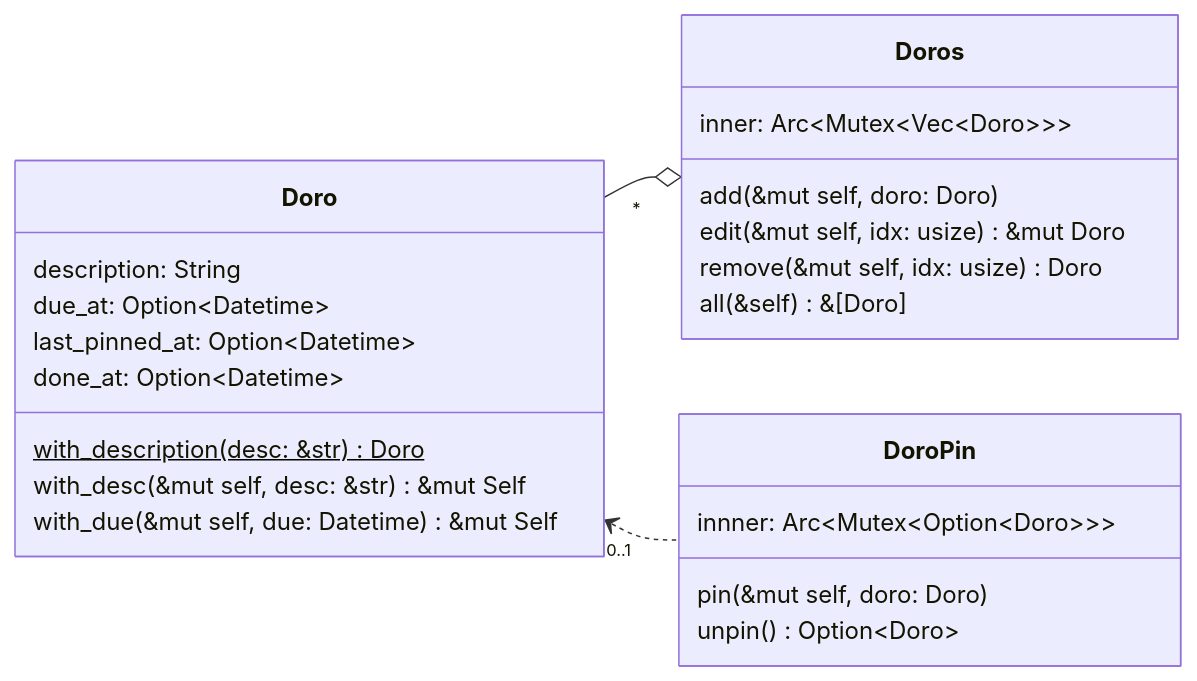
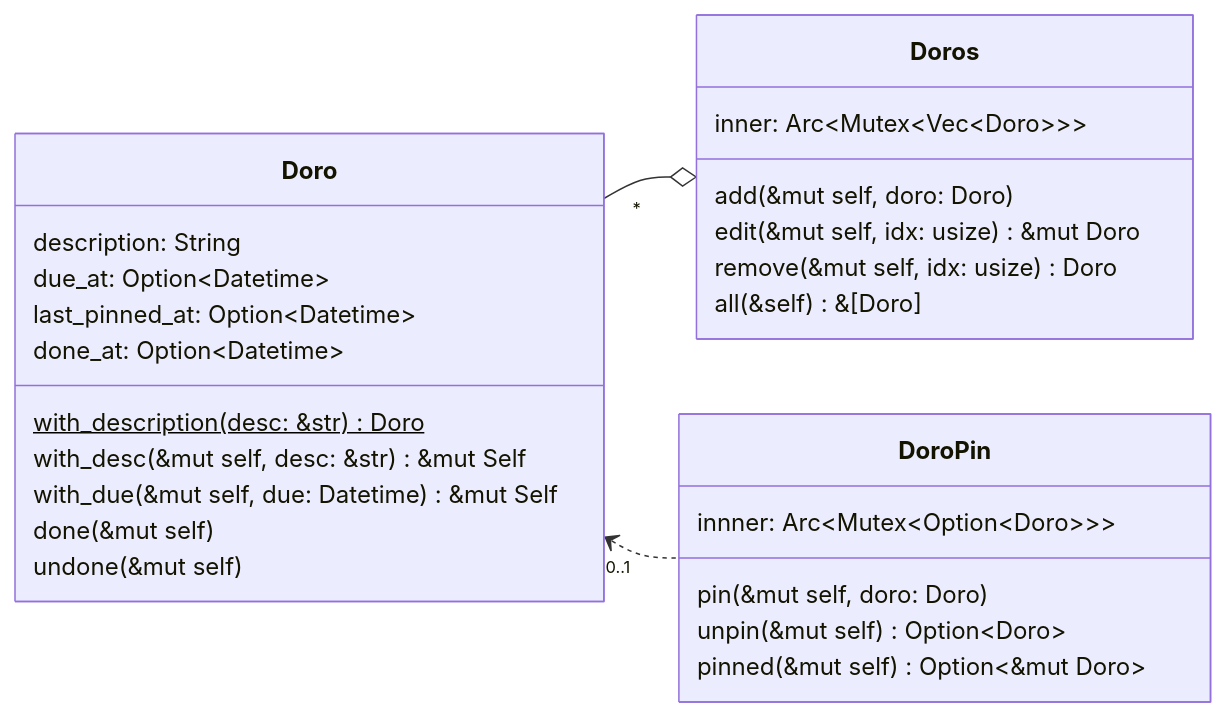
Before and after one commit to huangjj27/huangjj27.github.io: the fourth of 5 diagrams in src/pomo_doro/doro.md, drawn with Mermaid. The commit also changed other lines of this file, not shown here.

Commit message:
sprint1(pomo_doro): 重新梳理doro 对象

````diff
--- a/src/pomo_doro/doro.md
+++ b/src/pomo_doro/doro.md
@@ -57,30 +60,33 @@
 ```mermaid
 classDiagram
     direction LR
     Doro "*" --o Doros
     Doro "0..1" <.. DoroPin
 
     class Doro {
         description: String
         due_at: Option~Datetime~
         last_pinned_at: Option~Datetime~
         done_at: Option~Datetime~
         with_description(desc: &str) Doro$
         with_desc(&mut self, desc: &str) &mut Self
         with_due(&mut self, due: Datetime) &mut Self
+        done(&mut self)
+        undone(&mut self)
     }
 
     class Doros {
         inner: Arc~Mutex~Vec~Doro~~~
         add(&mut self, doro: Doro)
         edit(&mut self, idx: usize) &mut Doro
         remove(&mut self, idx: usize) Doro
         all(&self) &[Doro]
     }
 
     class DoroPin {
         innner: Arc~Mutex~Option~Doro~~~
         pin(&mut self, doro: Doro)
-        unpin() Option~Doro~
+        unpin(&mut self) Option~Doro~
+        pinned(&mut self) Option~&mut Doro~
     }
 ```
````
